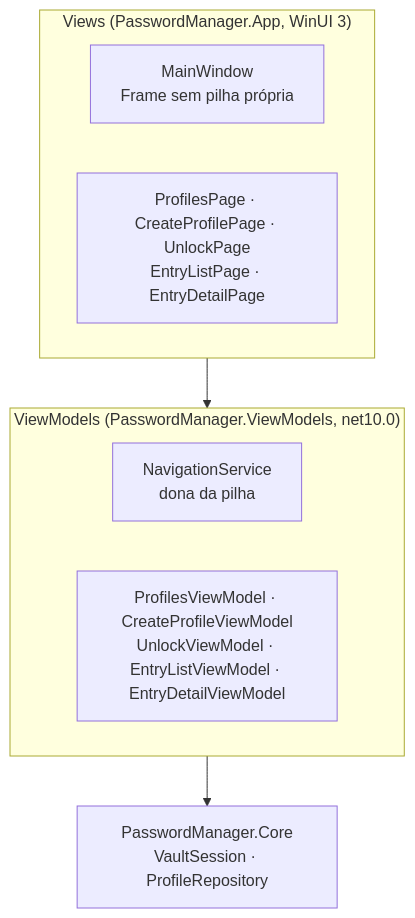
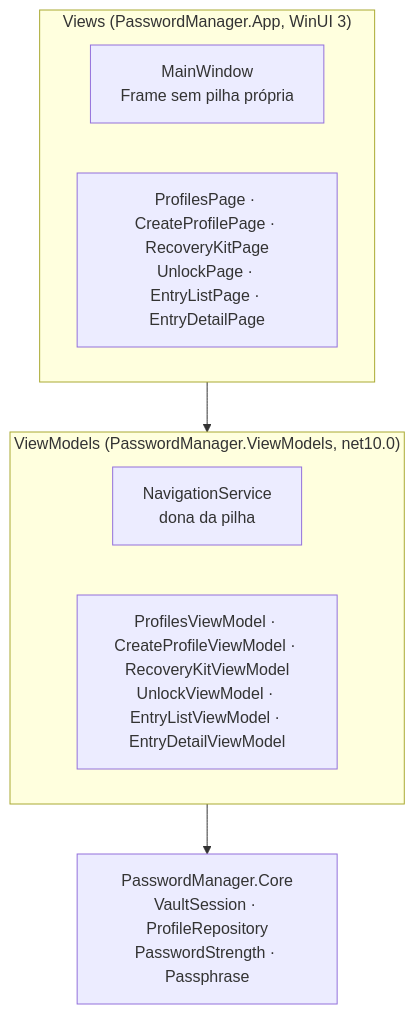
One commit to lucas-llb/passwordManagement changed the sixth of 7 diagrams in docs/architecture.md. Above: the diagram before and after it, drawn with Mermaid. The commit also changed other lines of this file and 29 other files, not shown here.

First line of the commit message:
Add strength meter, passphrase suggestion and Recovery Kit page to profile creation (W-16)

````diff
--- a/docs/architecture.md
+++ b/docs/architecture.md
@@ -270,13 +298,13 @@
 ```mermaid
 flowchart TB
     subgraph Views["Views (PasswordManager.App, WinUI 3)"]
         MW["MainWindow<br/>Frame sem pilha própria"]
-        PG["ProfilesPage · CreateProfilePage · UnlockPage<br/>EntryListPage · EntryDetailPage"]
+        PG["ProfilesPage · CreateProfilePage · RecoveryKitPage<br/>UnlockPage · EntryListPage · EntryDetailPage"]
     end
     subgraph VMs["ViewModels (PasswordManager.ViewModels, net10.0)"]
         NS["NavigationService<br/>dona da pilha"]
-        VM["ProfilesViewModel · CreateProfileViewModel<br/>UnlockViewModel · EntryListViewModel · EntryDetailViewModel"]
+        VM["ProfilesViewModel · CreateProfileViewModel · RecoveryKitViewModel<br/>UnlockViewModel · EntryListViewModel · EntryDetailViewModel"]
     end
-    CORE["PasswordManager.Core<br/>VaultSession · ProfileRepository"]
+    CORE["PasswordManager.Core<br/>VaultSession · ProfileRepository<br/>PasswordStrength · Passphrase"]
     Views --> VMs --> CORE
 ```
````
